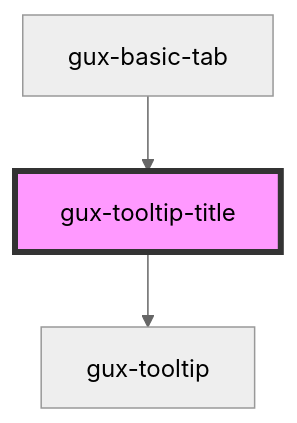
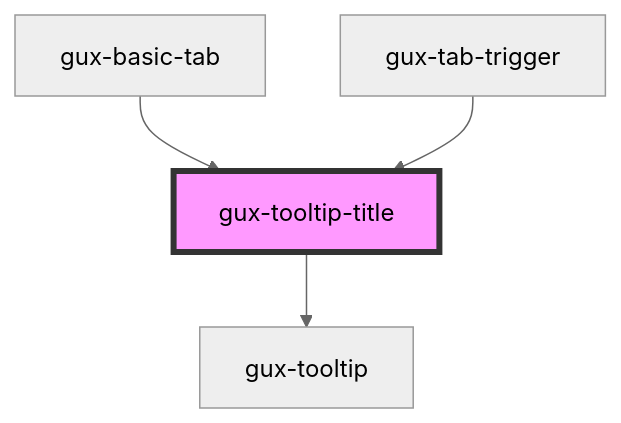
Before and after one commit to Retsam/genesys-webcomponents: the diagram in src/components/beta/gux-tooltip-title/readme.md, drawn with Mermaid (neutral theme). The commit also changed other lines of this file and 13 other files, not shown here.

Commit message:
refactor(gux-basic-tabs): working on new implementation with one tabpanel per tab

````diff
--- a/src/components/beta/gux-tooltip-title/readme.md
+++ b/src/components/beta/gux-tooltip-title/readme.md
@@ -27,6 +28,7 @@
 ```mermaid
 graph TD;
   gux-tooltip-title --> gux-tooltip
   gux-basic-tab --> gux-tooltip-title
+  gux-tab-trigger --> gux-tooltip-title
   style gux-tooltip-title fill:#f9f,stroke:#333,stroke-width:4px
 ```
````
